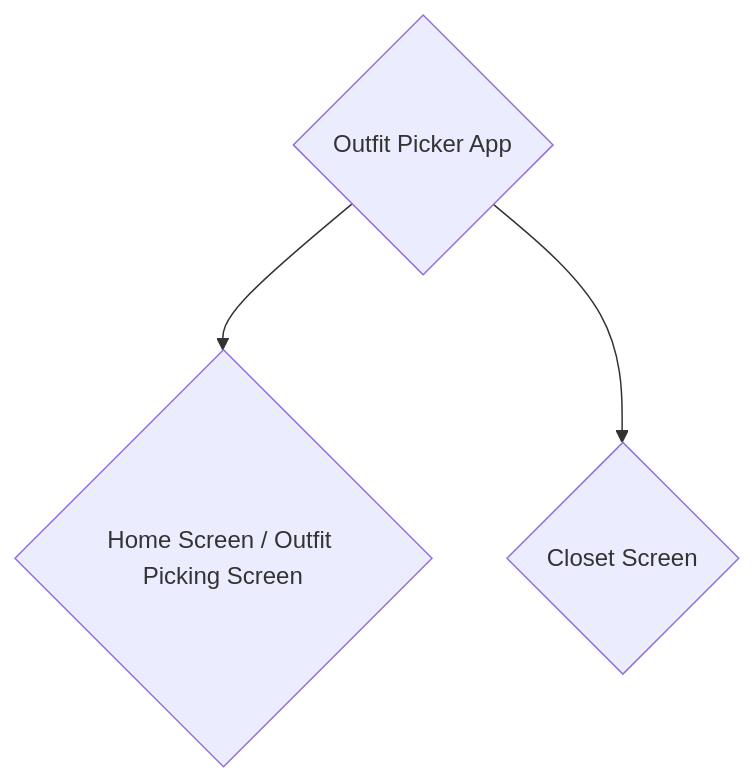
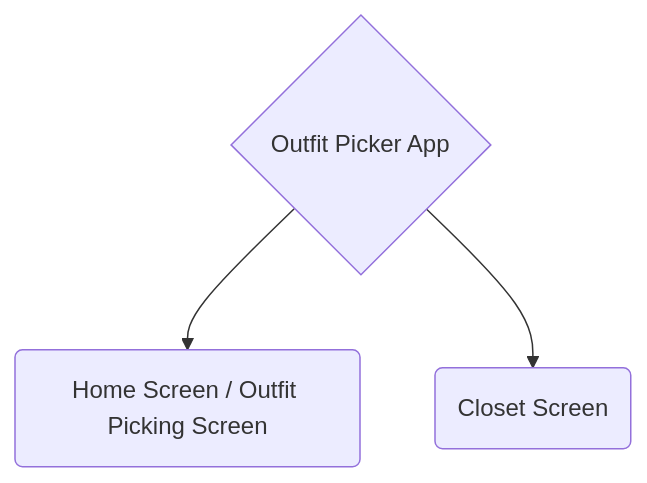
The diagram in README.md (NNewbauer/3300OutfitPicker), drawn with Mermaid before and after one commit.

````diff
--- a/README.md
+++ b/README.md
@@ -63,5 +63,5 @@
 ```mermaid
 flowchart TD
-	A{Outfit Picker App} --> B{Home Screen / Outfit Picking Screen}
-	A --> C{Closet Screen}
+	A{Outfit Picker App} --> B(Home Screen / Outfit Picking Screen)
+	A --> C(Closet Screen)
 ```
````
